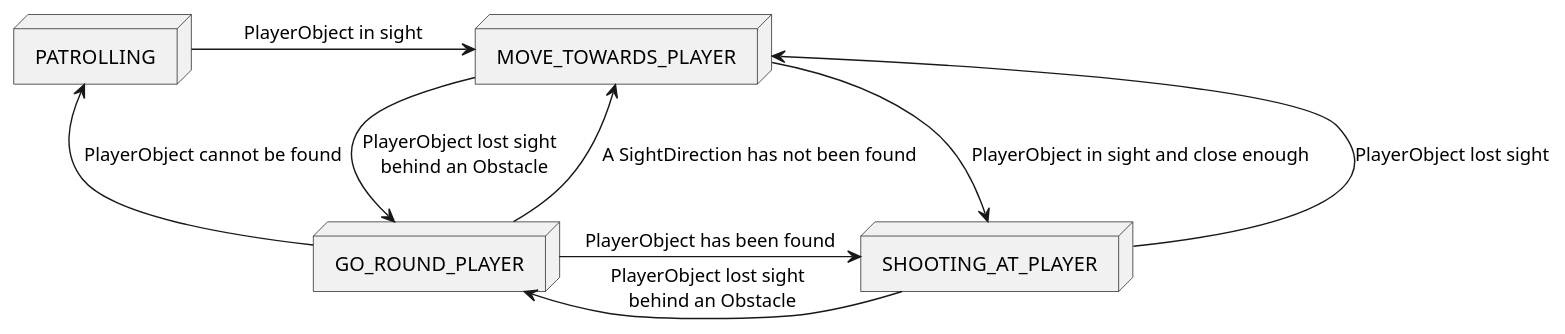
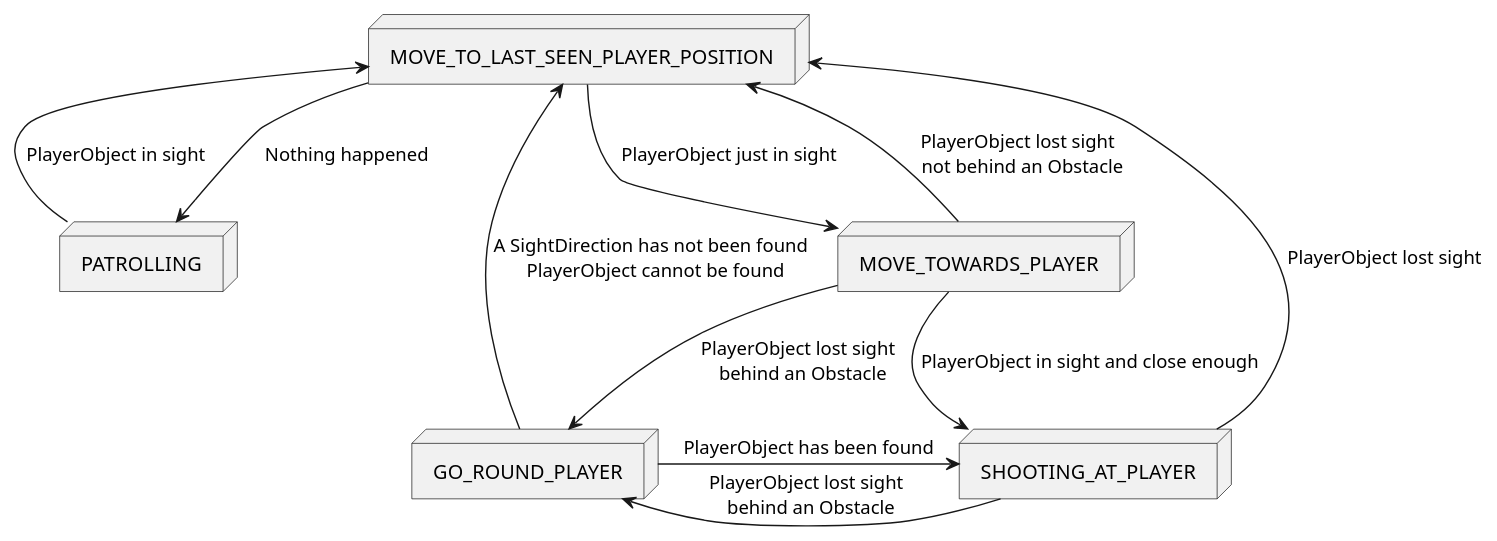
Before and after one commit to ldalzotto/ProjectUndefined-Prototype: the diagram in Assets/Undefined/Levels/TrainingLevel/Enemy/SoldierEnemy/AIBehavior/SoliderAIBehavior.md, drawn with PlantUML. The commit also changed 7 other files, not shown here.

Commit message:
FEATURE - Adding the MoveToLastSeenPlayerPosition state and remove connections to move towards player

`````diff
--- a/Assets/Undefined/Levels/TrainingLevel/Enemy/SoldierEnemy/AIBehavior/SoliderAIBehavior.md
+++ b/Assets/Undefined/Levels/TrainingLevel/Enemy/SoldierEnemy/AIBehavior/SoliderAIBehavior.md
@@ -5,18 +5,22 @@
 ````puml
             node PATROLLING
             node MOVE_TOWARDS_PLAYER
             node GO_ROUND_PLAYER
             node SHOOTING_AT_PLAYER
+            node MOVE_TO_LAST_SEEN_PLAYER_POSITION
         
-            PATROLLING -> MOVE_TOWARDS_PLAYER : PlayerObject in sight
+            PATROLLING -left-> MOVE_TO_LAST_SEEN_PLAYER_POSITION : PlayerObject in sight
 
             MOVE_TOWARDS_PLAYER -down-> SHOOTING_AT_PLAYER : PlayerObject in sight and close enough
             MOVE_TOWARDS_PLAYER -> GO_ROUND_PLAYER : PlayerObject lost sight \n behind an Obstacle
+            MOVE_TOWARDS_PLAYER -> MOVE_TO_LAST_SEEN_PLAYER_POSITION : PlayerObject lost sight \n not behind an Obstacle
 
             SHOOTING_AT_PLAYER -> GO_ROUND_PLAYER : PlayerObject lost sight \n behind an Obstacle
-            SHOOTING_AT_PLAYER -> MOVE_TOWARDS_PLAYER : PlayerObject lost sight
+            SHOOTING_AT_PLAYER -> MOVE_TO_LAST_SEEN_PLAYER_POSITION : PlayerObject lost sight
 
-            GO_ROUND_PLAYER -> PATROLLING : PlayerObject cannot be found
-            GO_ROUND_PLAYER -> MOVE_TOWARDS_PLAYER : A SightDirection has not been found 
             GO_ROUND_PLAYER -> SHOOTING_AT_PLAYER : PlayerObject has been found
+            GO_ROUND_PLAYER -up-> MOVE_TO_LAST_SEEN_PLAYER_POSITION : A SightDirection has not been found \n PlayerObject cannot be found
+
+            MOVE_TO_LAST_SEEN_PLAYER_POSITION -down-> PATROLLING : Nothing happened
+            MOVE_TO_LAST_SEEN_PLAYER_POSITION -down-> MOVE_TOWARDS_PLAYER : PlayerObject just in sight
 ````
`````
